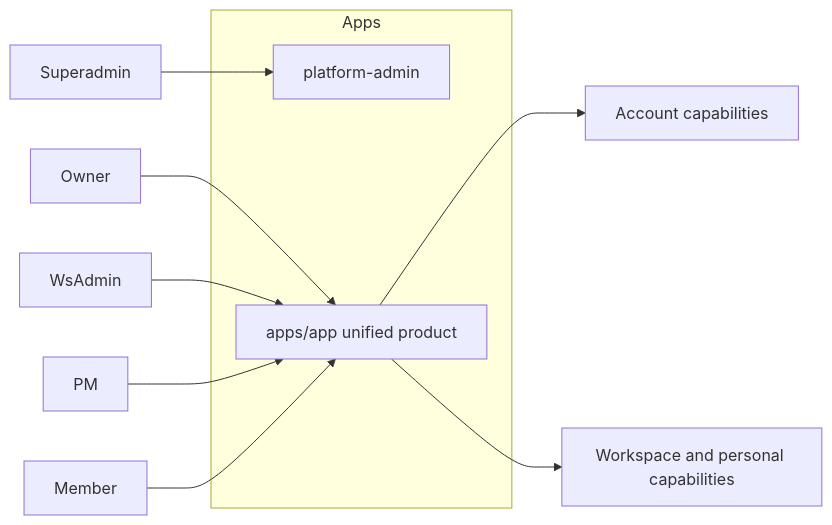
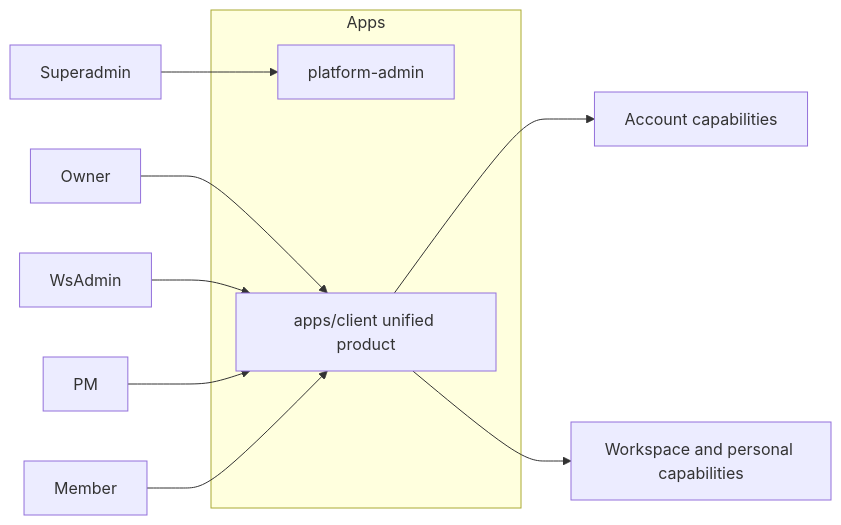
One commit to SCITAIGROUP1/ChronoMint changed the second of 7 diagrams in docs/architecture/TENANT_RBAC.md. Above: the diagram before and after it, drawn with Mermaid. The commit also changed other lines of this file and 602 other files, not shown here.

First line of the commit message:
chore: rename customer product from apps/app to apps/client

````diff
--- a/docs/architecture/TENANT_RBAC.md
+++ b/docs/architecture/TENANT_RBAC.md
@@ -127,14 +127,14 @@
 ```mermaid
 flowchart LR
   subgraph apps [Apps]
     PA[platform-admin]
-    Product[apps/app unified product]
+    Product[apps/client unified product]
   end
   Superadmin --> PA
   Owner --> Product
   WsAdmin --> Product
   PM --> Product
   Member --> Product
   Product --> Account[Account capabilities]
   Product --> Workspace[Workspace and personal capabilities]
 ```
````
